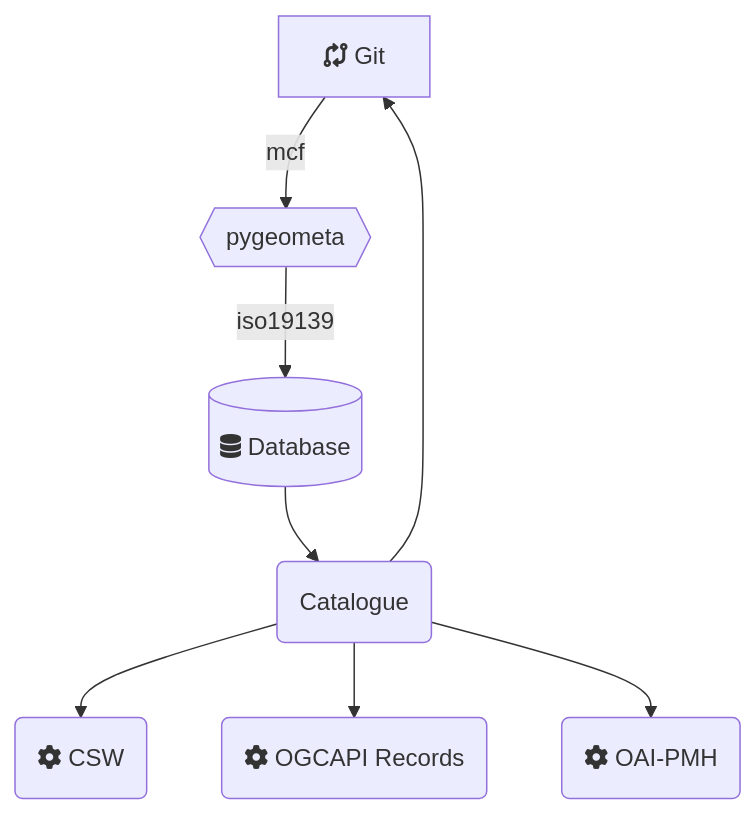
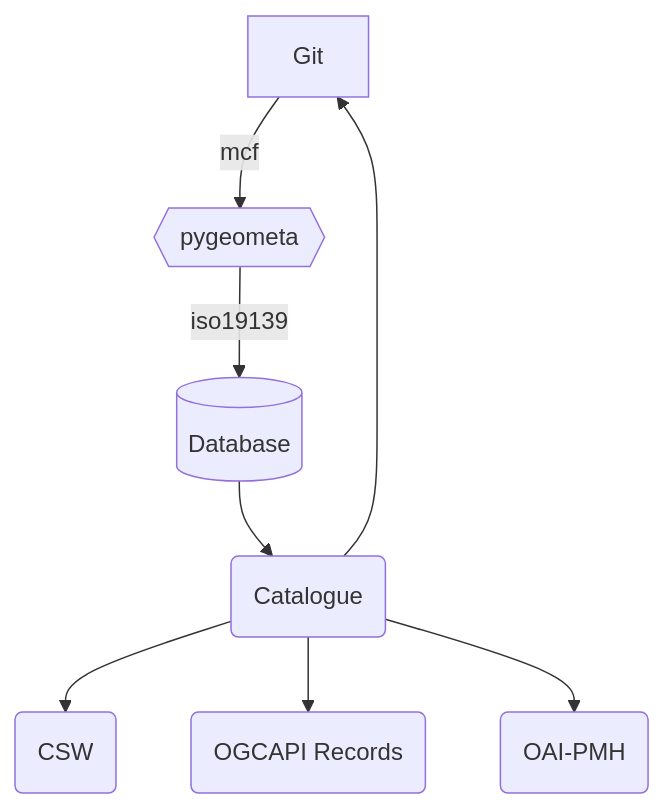
The third of 3 diagrams in slides/intro-crawler-mcf-pycsw.qmd (pvgenuchten/slides), drawn with Mermaid before and after one commit. The commit also changed other lines of this file, not shown here.

Commit message:
remove icons from mermaid

````diff
--- a/slides/intro-crawler-mcf-pycsw.qmd
+++ b/slides/intro-crawler-mcf-pycsw.qmd
@@ -86,10 +86,10 @@
 ```{mermaid}
 flowchart TB
-    G[fa:fa-code-compare Git] -->|mcf| CI{{pygeometa}} 
-    CI -->|iso19139| DB[(fa:fa-database Database)]
+    G[Git] -->|mcf| CI{{pygeometa}} 
+    CI -->|iso19139| DB[(Database)]
     DB --> C(Catalogue)
     C --> G
-    C --> CSW(fa:fa-gear CSW)
-    C --> OAR(fa:fa-gear OGCAPI Records)
-    C --> OAI(fa:fa-gear OAI-PMH)
+    C --> CSW(CSW)
+    C --> OAR(OGCAPI Records)
+    C --> OAI(OAI-PMH)
 ```
````
